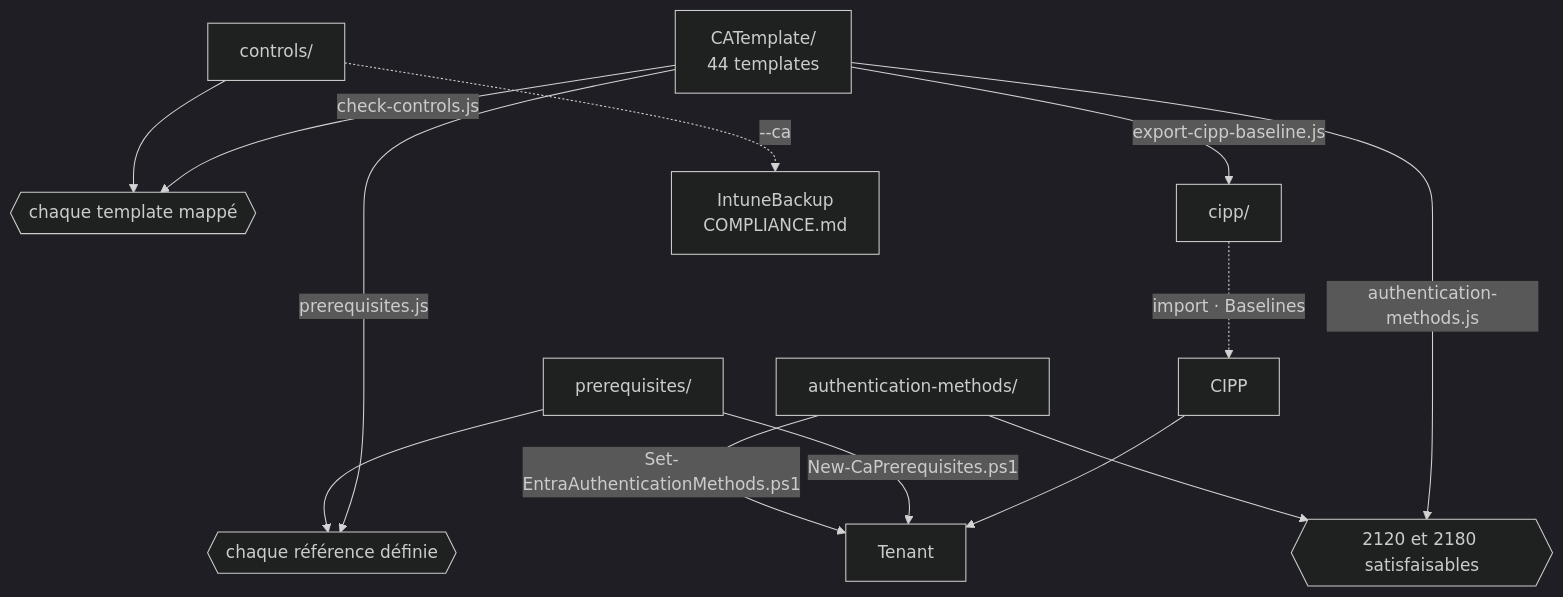
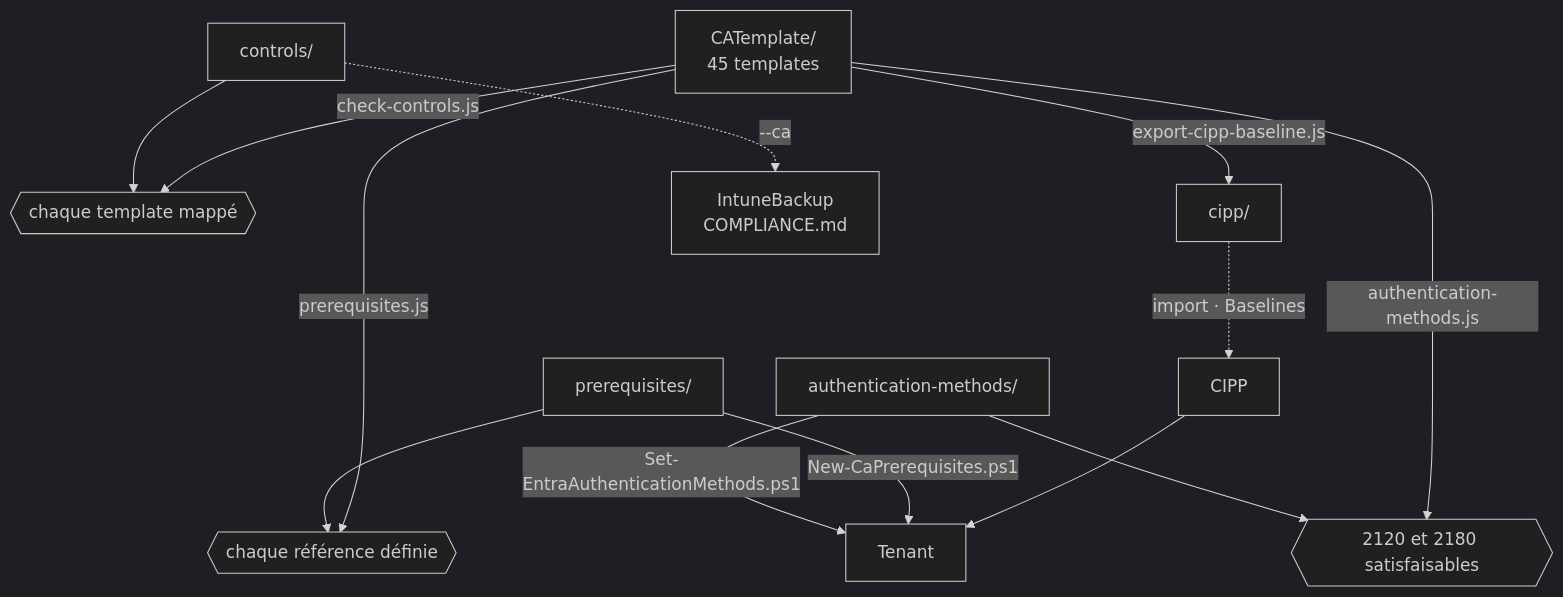
One commit to sjkanon/CA-Policies changed the diagram in scripts/README.fr.md. Above: the diagram before and after it, drawn with Mermaid (dark theme). The commit also changed 28 other files, not shown here.

````diff
--- a/scripts/README.fr.md
+++ b/scripts/README.fr.md
@@ -9,19 +9,19 @@
 ```mermaid
 flowchart TD
-  T["CATemplate/<br/>44 templates"]
+  T["CATemplate/<br/>45 templates"]
   P["prerequisites/"]
   A["authentication-methods/"]
   C["controls/"]
   T -->|prerequisites.js| CHK1{{"chaque référence définie"}}
   P --> CHK1
   T -->|check-controls.js| CHK2{{"chaque template mappé"}}
   C --> CHK2
   T -->|authentication-methods.js| CHK3{{"2120 et 2180 satisfaisables"}}
   A --> CHK3
   T -->|export-cipp-baseline.js| X["cipp/"]
   X -.->|import · Baselines| CIPP["CIPP"]
   CIPP --> TEN["Tenant"]
   P -->|New-CaPrerequisites.ps1| TEN
   A -->|Set-EntraAuthenticationMethods.ps1| TEN
   C -.->|--ca| IB["IntuneBackup<br/>COMPLIANCE.md"]
 ```
````
